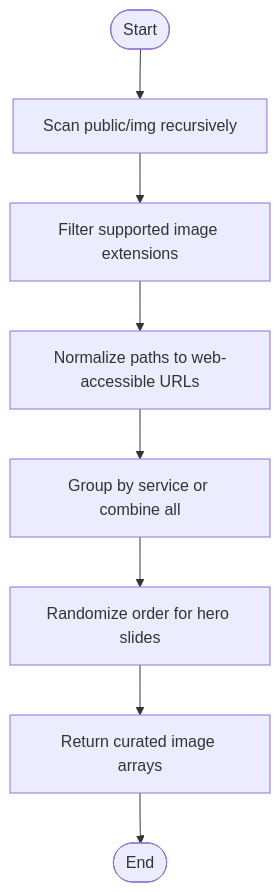
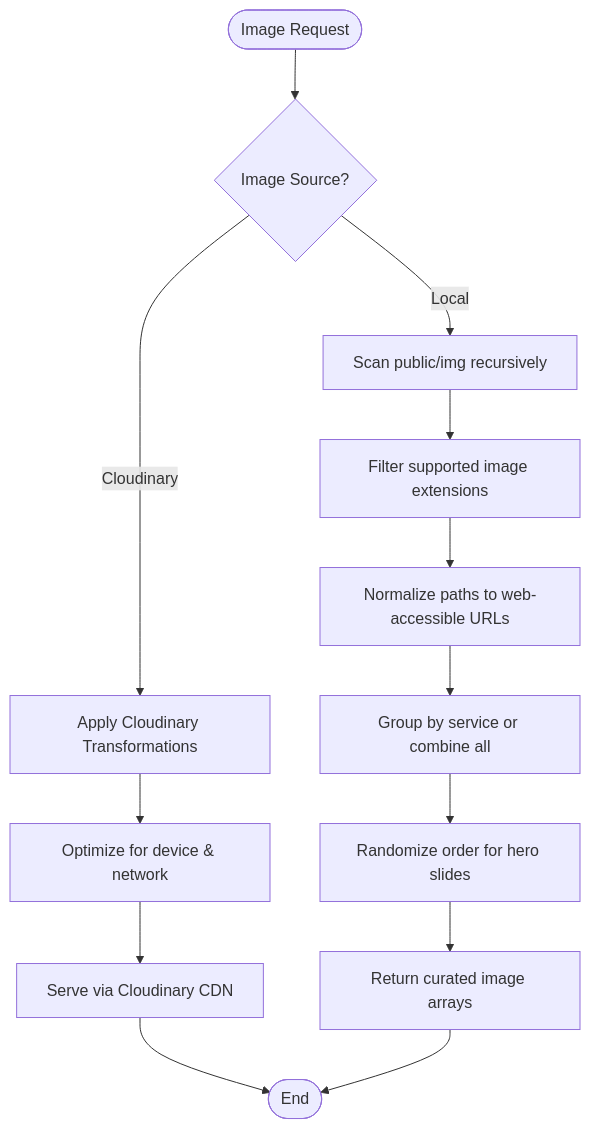
The fifth of 8 diagrams in .qoder/repowiki/en/content/Application Architecture/Integration Patterns.md (Black-box01/rhemaexpertsolutions), drawn with Mermaid before and after one commit. The commit also changed other lines of this file and 37 other files, not shown here.

````diff
--- a/.qoder/repowiki/en/content/Application Architecture/Integration Patterns.md
+++ b/.qoder/repowiki/en/content/Application Architecture/Integration Patterns.md
@@ -216,10 +255,15 @@
 ```mermaid
 flowchart TD
-Start(["Start"]) --> Scan["Scan public/img recursively"]
+Start(["Image Request"]) --> CheckType{"Image Source?"}
+CheckType --> |Local| Scan["Scan public/img recursively"]
+CheckType --> |Cloudinary| Transform["Apply Cloudinary Transformations"]
 Scan --> Filter["Filter supported image extensions"]
 Filter --> Normalize["Normalize paths to web-accessible URLs"]
 Normalize --> Group["Group by service or combine all"]
 Group --> Randomize["Randomize order for hero slides"]
 Randomize --> Return["Return curated image arrays"]
-Return --> End(["End"])
+Transform --> Optimize["Optimize for device & network"]
+Optimize --> CDN["Serve via Cloudinary CDN"]
+CDN --> End(["End"])
+Return --> End
 ```
````
